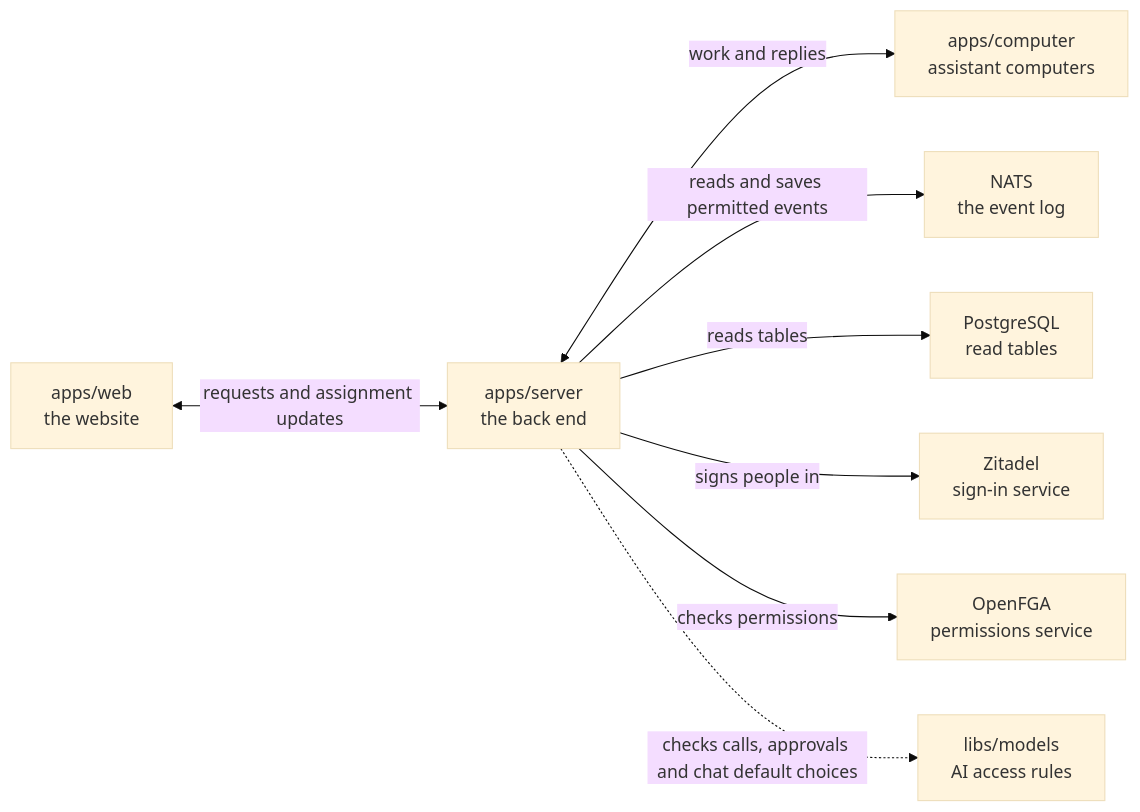
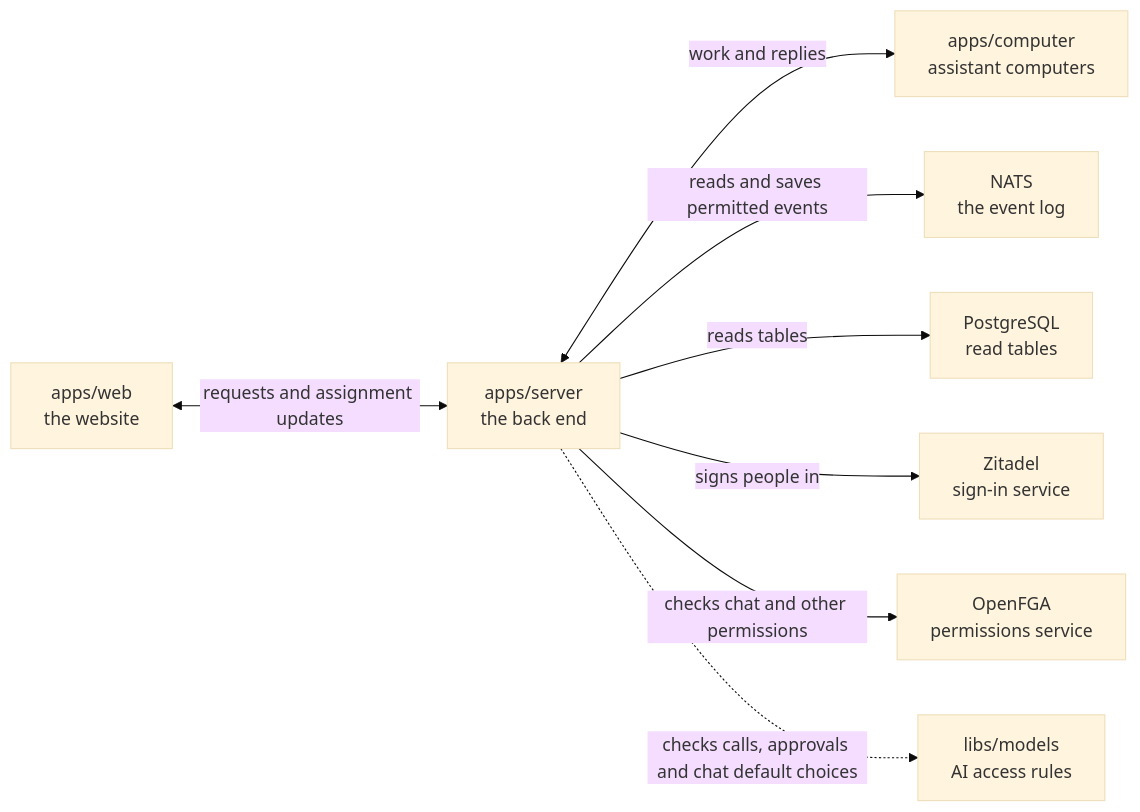
The diagram in apps/server/README.md (elewa-git/opencrane-new), drawn with Mermaid (base theme) before and after one commit. The commit also changed other lines of this file and 106 other files, not shown here.

````diff
--- a/apps/server/README.md
+++ b/apps/server/README.md
@@ -19,10 +19,10 @@
 ```mermaid
 flowchart LR
   web["apps/web<br/>the website"] <-->|requests and assignment updates| server["apps/server<br/>the back end"]
   server <-->|work and replies| computer["apps/computer<br/>assistant computers"]
   server -->|reads and saves permitted events| nats["NATS<br/>the event log"]
   server -->|reads tables| postgres["PostgreSQL<br/>read tables"]
   server -->|signs people in| zitadel["Zitadel<br/>sign-in service"]
-  server -->|checks permissions| openfga["OpenFGA<br/>permissions service"]
+  server -->|checks chat and other permissions| openfga["OpenFGA<br/>permissions service"]
   server -.->|checks calls, approvals and chat default choices| models["libs/models<br/>AI access rules"]
 ```
````
